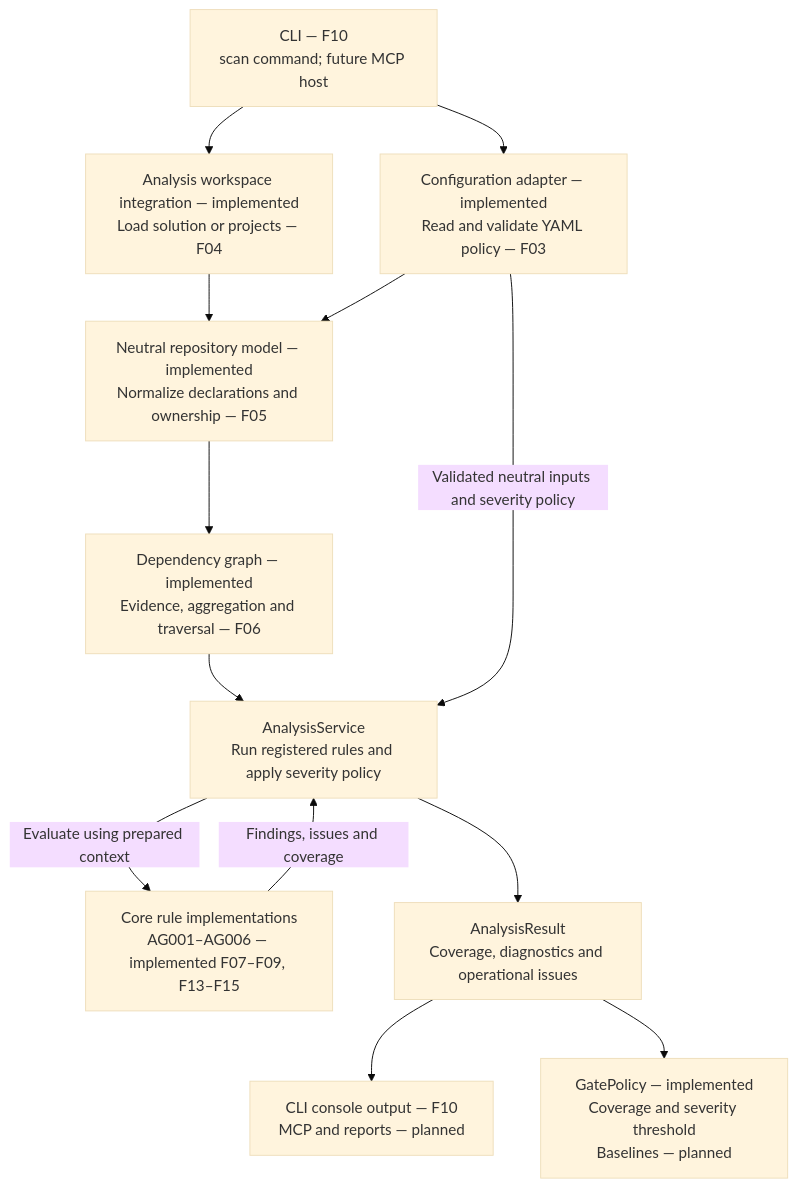
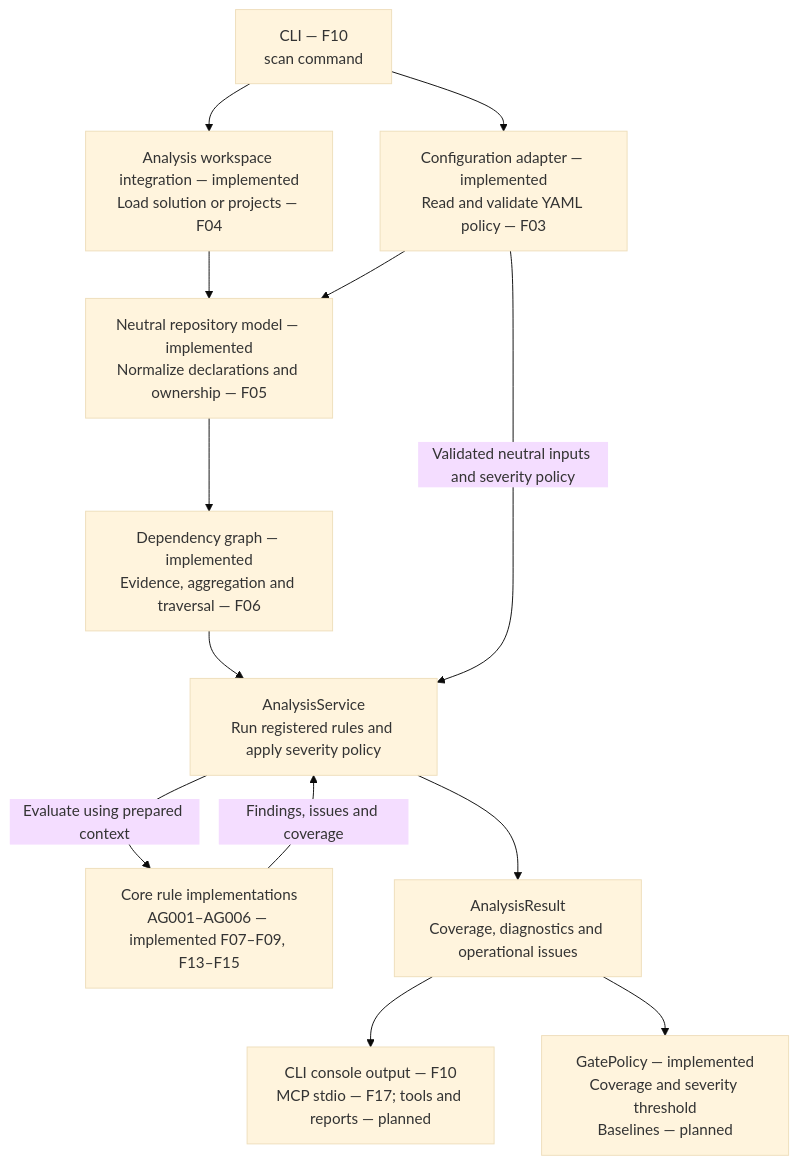
The second of 3 diagrams in docs/architecture/overview.md (kbourzayq/arch-guard), drawn with Mermaid (base theme) before and after one commit. The commit also changed other lines of this file and 17 other files, not shown here.

First line of the commit message:
feat(mcp): add read-only stdio server (#62)

````diff
--- a/docs/architecture/overview.md
+++ b/docs/architecture/overview.md
@@ -141,26 +148,26 @@
 ```mermaid
 flowchart TD
-    Host["CLI — F10<br/>scan command; future MCP host"]
+    Host["CLI — F10<br/>scan command"]
     Configuration["Configuration adapter — implemented<br/>Read and validate YAML policy — F03"]
     Workspace["Analysis workspace integration — implemented<br/>Load solution or projects — F04"]
     Context["Neutral repository model — implemented<br/>Normalize declarations and ownership — F05"]
     Graph["Dependency graph — implemented<br/>Evidence, aggregation and traversal — F06"]
     Service["AnalysisService<br/>Run registered rules and apply severity policy"]
     Rules["Core rule implementations<br/>AG001–AG006 — implemented F07–F09, F13–F15"]
     Result["AnalysisResult<br/>Coverage, diagnostics and operational issues"]
-    Output["CLI console output — F10<br/>MCP and reports — planned"]
+    Output["CLI console output — F10<br/>MCP stdio — F17; tools and reports — planned"]
     Gate["GatePolicy — implemented<br/>Coverage and severity threshold<br/>Baselines — planned"]
 
     Host --> Configuration
     Host --> Workspace
     Workspace --> Context
     Configuration --> Context
     Context --> Graph
     Graph --> Service
     Configuration -->|"Validated neutral inputs and severity policy"| Service
     Service -->|"Evaluate using prepared context"| Rules
     Rules -->|"Findings, issues and coverage"| Service
     Service --> Result
     Result --> Output
     Result --> Gate
 ```
````
